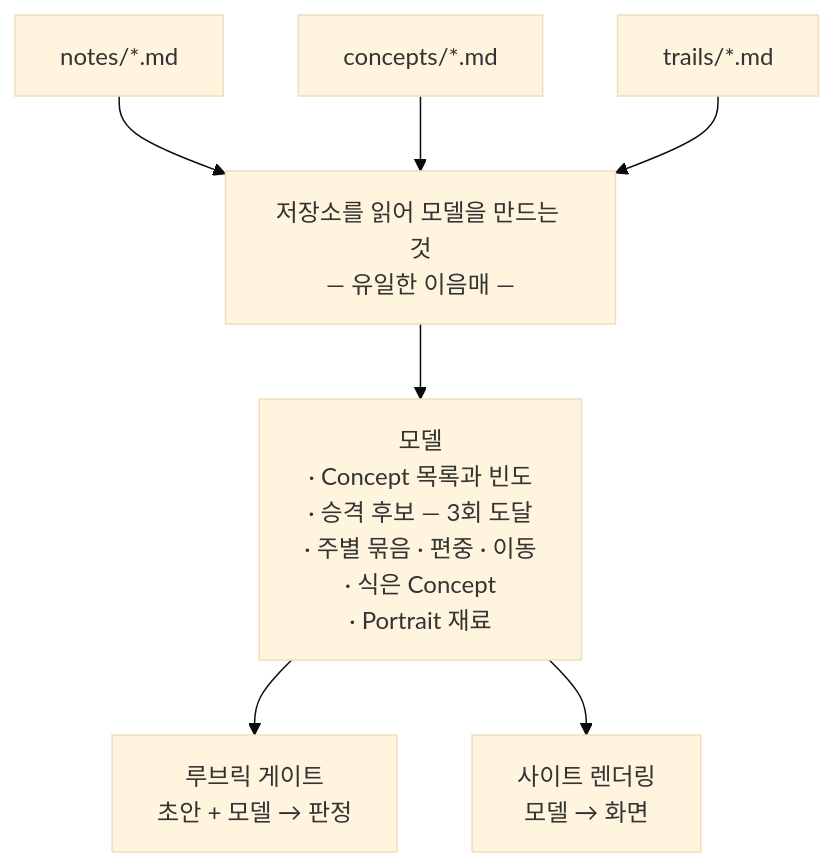
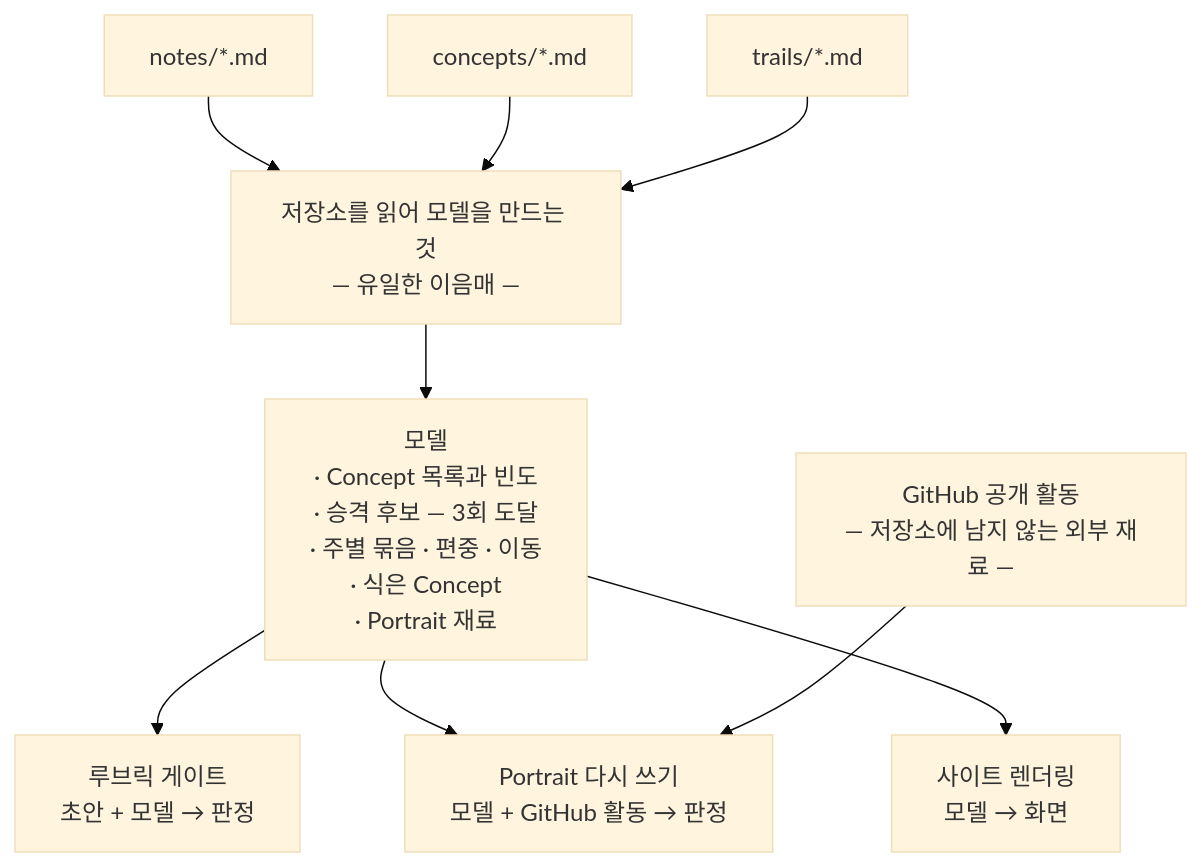
Before and after one commit to FRONT-JB/interested: the diagram in README.md, drawn with Mermaid (base theme). The commit also changed other lines of this file and 22 other files, not shown here.

````diff
--- a/README.md
+++ b/README.md
@@ -15,13 +15,16 @@
 ```mermaid
 flowchart TD
     N["notes/*.md"] --> R
     C["concepts/*.md"] --> R
     T["trails/*.md"] --> R
 
     R["저장소를 읽어 모델을 만드는 것<br/>— 유일한 이음매 —"] --> M
 
     M["모델<br/>· Concept 목록과 빈도<br/>· 승격 후보 — 3회 도달<br/>· 주별 묶음 · 편중 · 이동<br/>· 식은 Concept<br/>· Portrait 재료"]
 
     M --> G["루브릭 게이트<br/>초안 + 모델 → 판정"]
+    M --> P["Portrait 다시 쓰기<br/>모델 + GitHub 활동 → 판정"]
     M --> S["사이트 렌더링<br/>모델 → 화면"]
+
+    A["GitHub 공개 활동<br/>— 저장소에 남지 않는 외부 재료 —"] --> P
 ```
````
